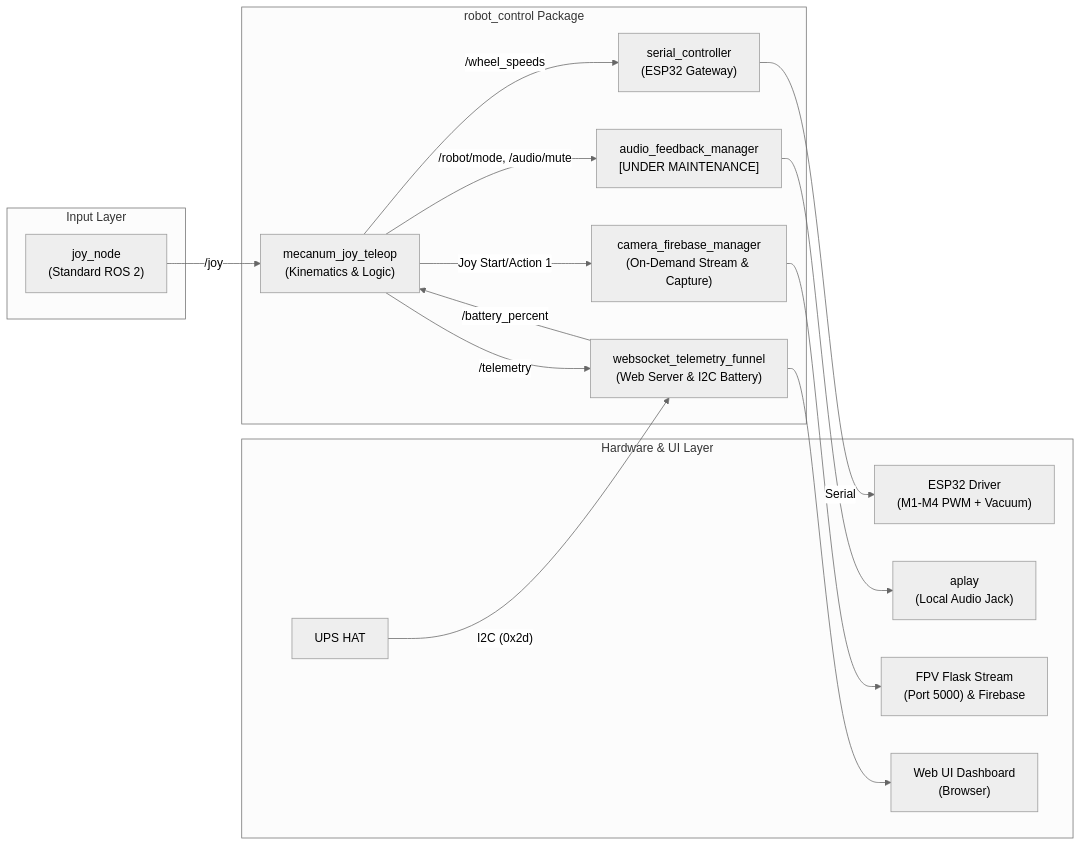
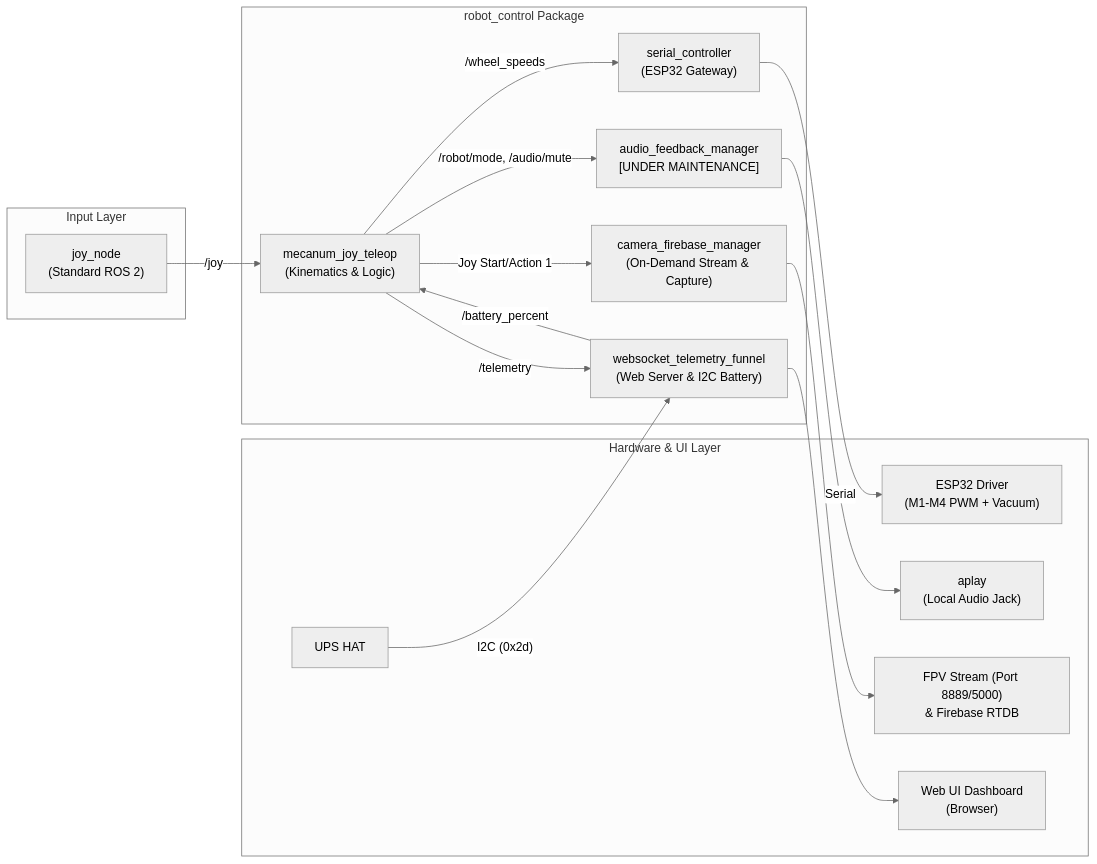
Before and after one commit to PanTiwon/RoboProject_Server: the first of 2 diagrams in README.md, drawn with Mermaid (neutral theme). The commit also changed other lines of this file, not shown here.

````diff
--- a/README.md
+++ b/README.md
@@ -84,36 +99,36 @@
 ```mermaid
 flowchart LR
     subgraph Inputs ["Input Layer"]
         JoyNode["joy_node\n(Standard ROS 2)"]
     end
 
     subgraph Core ["robot_control Package"]
         Teleop["mecanum_joy_teleop\n(Kinematics & Logic)"]
         SerialNode["serial_controller\n(ESP32 Gateway)"]
         CameraNode["camera_firebase_manager\n(On-Demand Stream & Capture)"]
         AudioNode["audio_feedback_manager\n[UNDER MAINTENANCE]"]
         TelemetryNode["websocket_telemetry_funnel\n(Web Server & I2C Battery)"]
     end
 
     subgraph Outputs ["Hardware & UI Layer"]
         ESP32["ESP32 Driver\n(M1-M4 PWM + Vacuum)"]
         AudioOut["aplay\n(Local Audio Jack)"]
-        CameraOut["FPV Flask Stream\n(Port 5000) & Firebase"]
+        CameraOut["FPV Stream (Port 8889/5000)\n& Firebase RTDB"]
         Dashboard["Web UI Dashboard\n(Browser)"]
         UPS["UPS HAT\n(I2C)"]
     end
 
     JoyNode -->|/joy| Teleop
     Teleop -->|/wheel_speeds| SerialNode
     Teleop -->|/robot/mode, /audio/mute| AudioNode
     Teleop -->|/telemetry| TelemetryNode
     Teleop -->|Joy Start/Action 1| CameraNode
     
     UPS["UPS HAT"] -->|"I2C (0x2d)"| TelemetryNode
     TelemetryNode -->|/battery_percent| Teleop
 
     SerialNode -->|Serial <M1,M2,M3,M4,Vacuum,Yaw,Pitch>| ESP32
     AudioNode --> AudioOut
     CameraNode --> CameraOut
     TelemetryNode --> Dashboard
 ```
````
